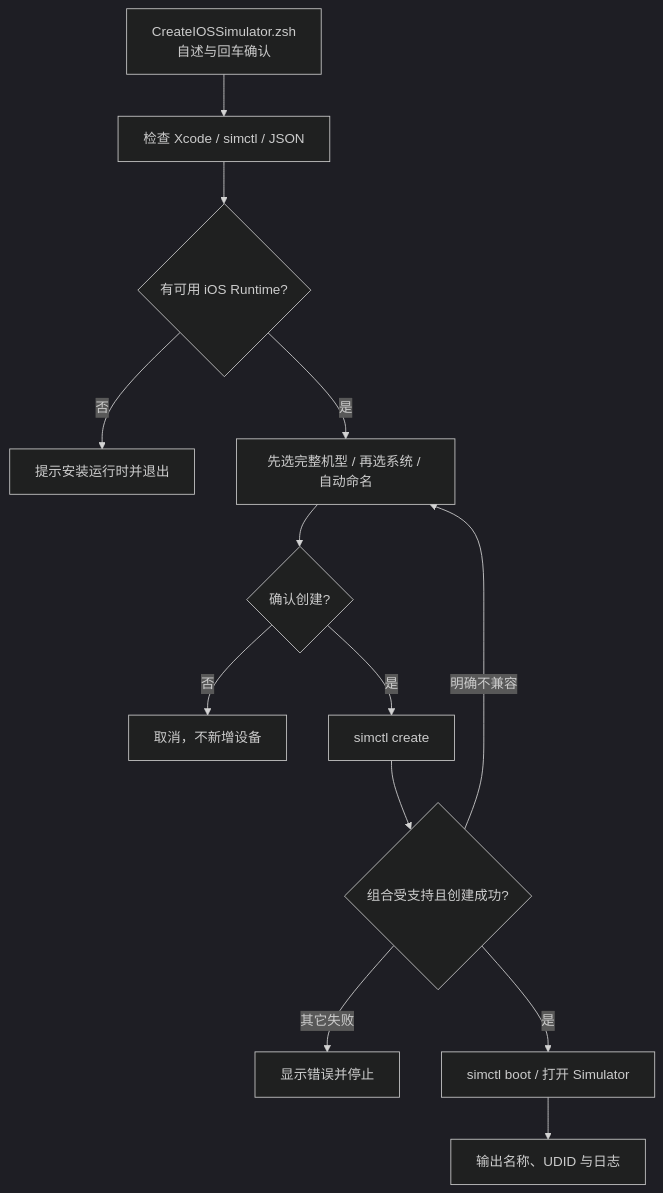
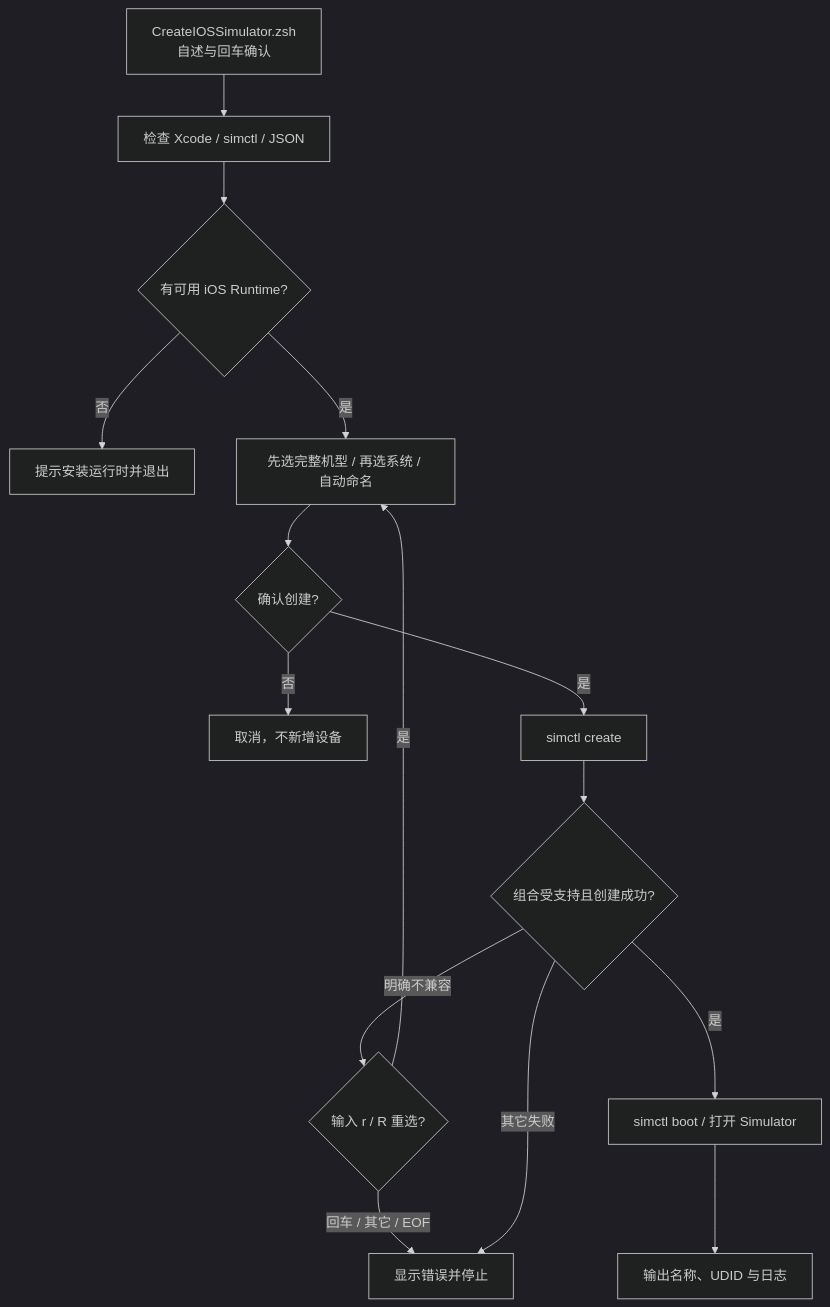
Before and after one commit to JobsKits/MacOS_Extension: the second of 2 diagrams in JobsIOSSimulatorCreator/README.md, drawn with Mermaid (dark theme). The commit also changed other lines of this file and 5 other files, not shown here.

````diff
--- a/JobsIOSSimulatorCreator/README.md
+++ b/JobsIOSSimulatorCreator/README.md
@@ -114,15 +114,17 @@
 ```mermaid
 flowchart TD
     A["CreateIOSSimulator.zsh<br/>自述与回车确认"] --> B["检查 Xcode / simctl / JSON"]
     B --> C{"有可用 iOS Runtime?"}
     C -->|否| D["提示安装运行时并退出"]
     C -->|是| E["先选完整机型 / 再选系统 / 自动命名"]
     E --> F{"确认创建?"}
     F -->|否| G["取消，不新增设备"]
     F -->|是| H["simctl create"]
     H --> K{"组合受支持且创建成功?"}
-    K -->|明确不兼容| E
+    K -->|明确不兼容| M{"输入 r / R 重选?"}
+    M -->|是| E
+    M -->|回车 / 其它 / EOF| L
     K -->|其它失败| L["显示错误并停止"]
     K -->|是| I["simctl boot / 打开 Simulator"]
     I --> J["输出名称、UDID 与日志"]
 ```
````
